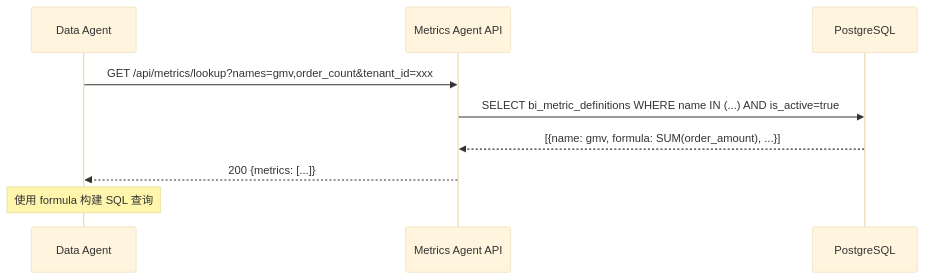
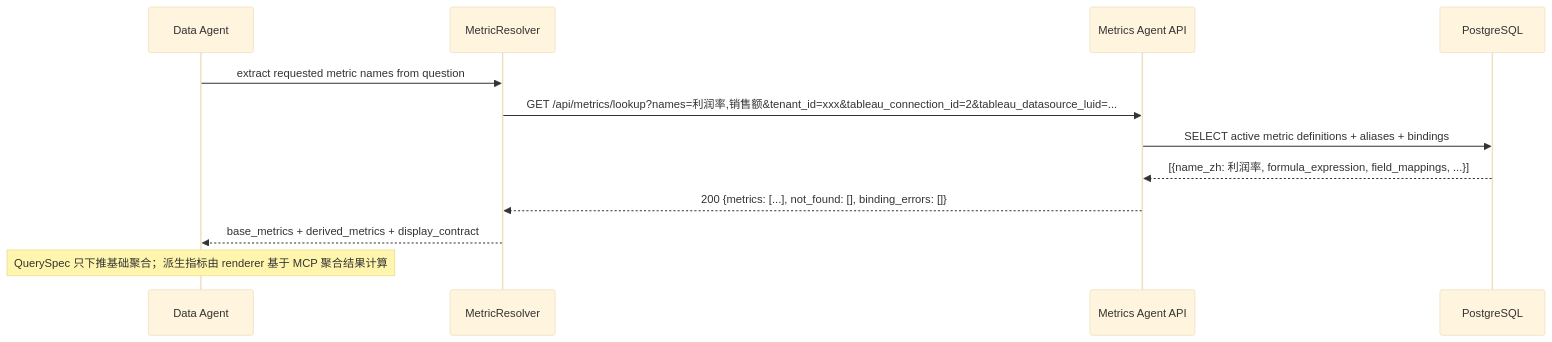
One commit to Forrest219/mulan-bi-platform changed the fourth of 4 diagrams in docs/specs/30-metrics-agent-spec.md. Above: the diagram before and after it, drawn with Mermaid (base theme). The commit also changed other lines of this file and 12 other files, not shown here.

````diff
--- a/docs/specs/30-metrics-agent-spec.md
+++ b/docs/specs/30-metrics-agent-spec.md
@@ -820,13 +982,16 @@
 ```mermaid
 sequenceDiagram
     participant DA as Data Agent
+    participant MR as MetricResolver
     participant MA as Metrics Agent API
     participant DB as PostgreSQL
 
-    DA->>MA: GET /api/metrics/lookup?names=gmv,order_count&tenant_id=xxx
-    MA->>DB: SELECT bi_metric_definitions WHERE name IN (...) AND is_active=true
-    DB-->>MA: [{name: gmv, formula: SUM(order_amount), ...}]
-    MA-->>DA: 200 {metrics: [...]}
+    DA->>MR: extract requested metric names from question
+    MR->>MA: GET /api/metrics/lookup?names=利润率,销售额&tenant_id=xxx&tableau_connection_id=2&tableau_datasource_luid=...
+    MA->>DB: SELECT active metric definitions + aliases + bindings
+    DB-->>MA: [{name_zh: 利润率, formula_expression, field_mappings, ...}]
+    MA-->>MR: 200 {metrics: [...], not_found: [], binding_errors: []}
+    MR-->>DA: base_metrics + derived_metrics + display_contract
 
-    Note over DA: 使用 formula 构建 SQL 查询
+    Note over DA: QuerySpec 只下推基础聚合；派生指标由 renderer 基于 MCP 聚合结果计算
 ```
````
